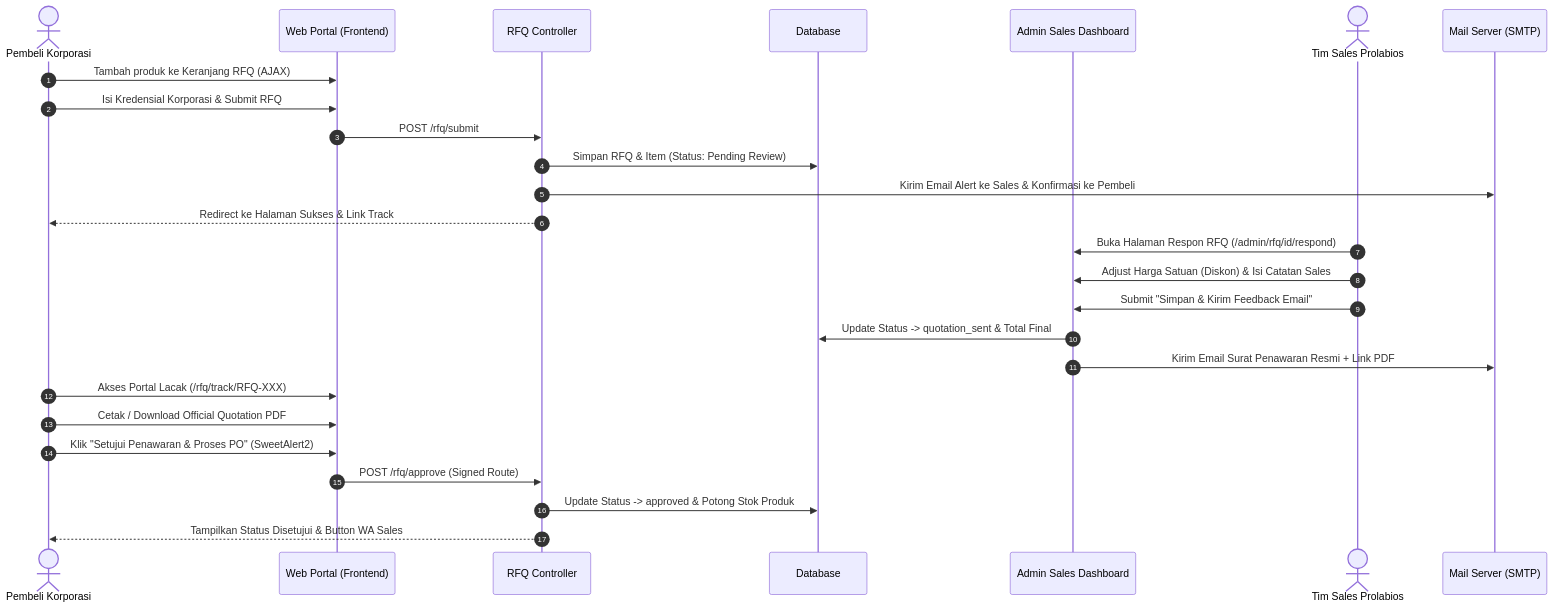
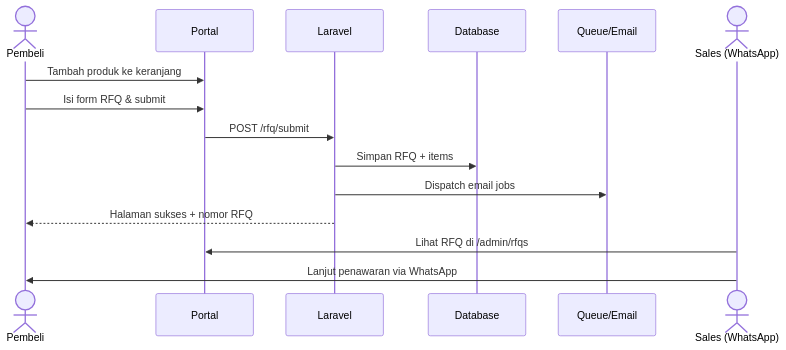
The diagram in README.md (kamarov28/mockup-prolabios), drawn with Mermaid before and after one commit. The commit also changed other lines of this file, not shown here.

Commit message:
docs: align README with actual RFQ → WhatsApp workflow (not full 7-phase)

````diff
--- a/README.md
+++ b/README.md
@@ -116,31 +77,18 @@
 ```mermaid
 sequenceDiagram
-    autonumber
-    actor Buyer as Pembeli Korporasi
-    participant Web as Web Portal (Frontend)
-    participant Ctrl as RFQ Controller
+    actor Buyer as Pembeli
+    participant Web as Portal
+    participant API as Laravel
     participant DB as Database
-    participant Admin as Admin Sales Dashboard
-    actor Sales as Tim Sales Prolabios
-    participant Mail as Mail Server (SMTP)
+    participant Mail as Queue/Email
+    actor Sales as Sales (WhatsApp)
 
-    Buyer->>Web: Tambah produk ke Keranjang RFQ (AJAX)
-    Buyer->>Web: Isi Kredensial Korporasi & Submit RFQ
-    Web->>Ctrl: POST /rfq/submit
-    Ctrl->>DB: Simpan RFQ & Item (Status: Pending Review)
-    Ctrl->>Mail: Kirim Email Alert ke Sales & Konfirmasi ke Pembeli
-    Ctrl-->>Buyer: Redirect ke Halaman Sukses & Link Track
-    
-    Sales->>Admin: Buka Halaman Respon RFQ (/admin/rfq/id/respond)
-    Sales->>Admin: Adjust Harga Satuan (Diskon) & Isi Catatan Sales
-    Sales->>Admin: Submit "Simpan & Kirim Feedback Email"
-    Admin->>DB: Update Status -> quotation_sent & Total Final
-    Admin->>Mail: Kirim Email Surat Penawaran Resmi + Link PDF
-    
-    Buyer->>Web: Akses Portal Lacak (/rfq/track/RFQ-XXX)
-    Buyer->>Web: Cetak / Download Official Quotation PDF
-    Buyer->>Web: Klik "Setujui Penawaran & Proses PO" (SweetAlert2)
-    Web->>Ctrl: POST /rfq/approve (Signed Route)
-    Ctrl->>DB: Update Status -> approved & Potong Stok Produk
-    Ctrl-->>Buyer: Tampilkan Status Disetujui & Button WA Sales
+    Buyer->>Web: Tambah produk ke keranjang
+    Buyer->>Web: Isi form RFQ & submit
+    Web->>API: POST /rfq/submit
+    API->>DB: Simpan RFQ + items
+    API->>Mail: Dispatch email jobs
+    API-->>Buyer: Halaman sukses + nomor RFQ
+    Sales->>Web: Lihat RFQ di /admin/rfqs
+    Sales->>Buyer: Lanjut penawaran via WhatsApp
 ```
````
